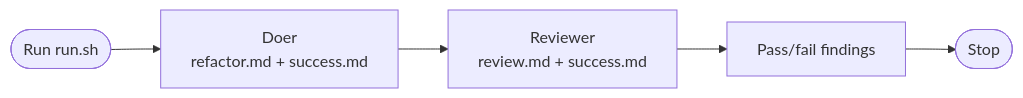
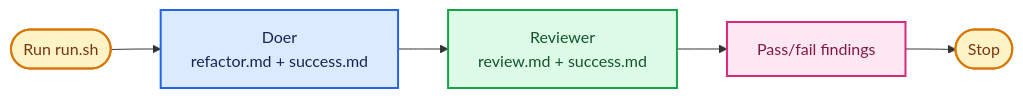
Before and after one commit to lean-software-production/software-factory-tutorial: the diagram in docs/specs/002-review-a-doer.md, drawn with Mermaid. The commit also changed 4 other files, not shown here.

Commit message:
Improve validation loop diagrams

````diff
--- a/docs/specs/002-review-a-doer.md
+++ b/docs/specs/002-review-a-doer.md
@@ -15,7 +15,16 @@
 ```mermaid
 flowchart LR
     Start([Run run.sh]) --> Doer[Doer\nrefactor.md + success.md]
     Doer --> Reviewer[Reviewer\nreview.md + success.md]
     Reviewer --> Verdict[Pass/fail findings]
     Verdict --> End([Stop])
+
+    classDef start fill:#fef3c7,stroke:#d97706,color:#78350f,stroke-width:2px
+    classDef doer fill:#dbeafe,stroke:#2563eb,color:#172554,stroke-width:2px
+    classDef reviewer fill:#dcfce7,stroke:#16a34a,color:#14532d,stroke-width:2px
+    classDef outcome fill:#fce7f3,stroke:#db2777,color:#831843,stroke-width:2px
+    class Start,End start
+    class Doer doer
+    class Reviewer reviewer
+    class Verdict outcome
 ```
````
